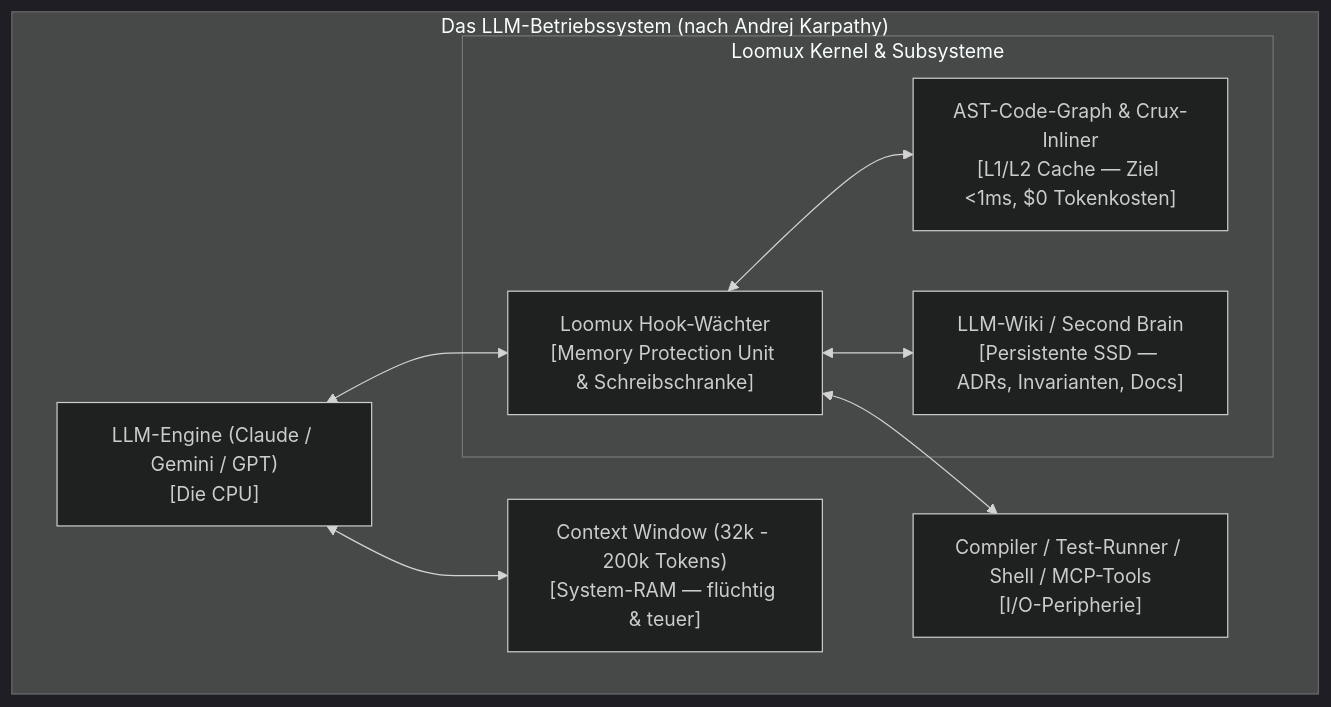
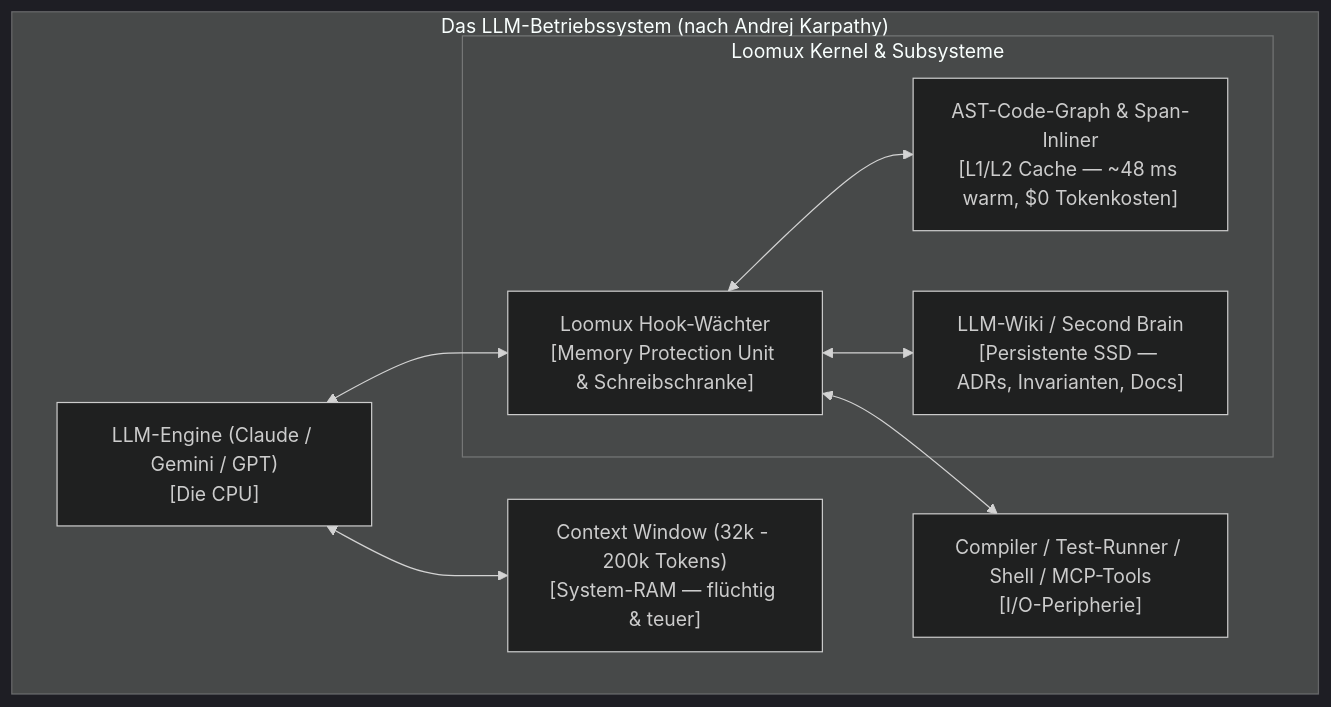
Before and after one commit to xidus90/loomux: the second of 5 diagrams in docs/de/architecture.md, drawn with Mermaid (dark theme). The commit also changed other lines of this file and 9 other files, not shown here.

````diff
--- a/docs/de/architecture.md
+++ b/docs/de/architecture.md
@@ -52,21 +52,21 @@
 ```mermaid
 flowchart TD
     subgraph LLM_OS["Das LLM-Betriebssystem (nach Andrej Karpathy)"]
         CPU["LLM-Engine (Claude / Gemini / GPT)<br/>[Die CPU]"]
         RAM["Context Window (32k - 200k Tokens)<br/>[System-RAM — flüchtig & teuer]"]
         
         subgraph Loomux_Kernel["Loomux Kernel & Subsysteme"]
             MPU["Loomux Hook-Wächter<br/>[Memory Protection Unit & Schreibschranke]"]
-            L1["AST-Code-Graph & Crux-Inliner<br/>[L1/L2 Cache — Ziel <1ms, $0 Tokenkosten]"]
+            L1["AST-Code-Graph & Span-Inliner<br/>[L1/L2 Cache — ~48 ms warm, $0 Tokenkosten]"]
             Disk["LLM-Wiki / Second Brain<br/>[Persistente SSD — ADRs, Invarianten, Docs]"]
         end
         
         Peripherals["Compiler / Test-Runner / Shell / MCP-Tools<br/>[I/O-Peripherie]"]
     end
     
     CPU <--> RAM
     CPU <--> MPU
     MPU <--> L1
     MPU <--> Disk
     MPU <--> Peripherals
 ```
````
